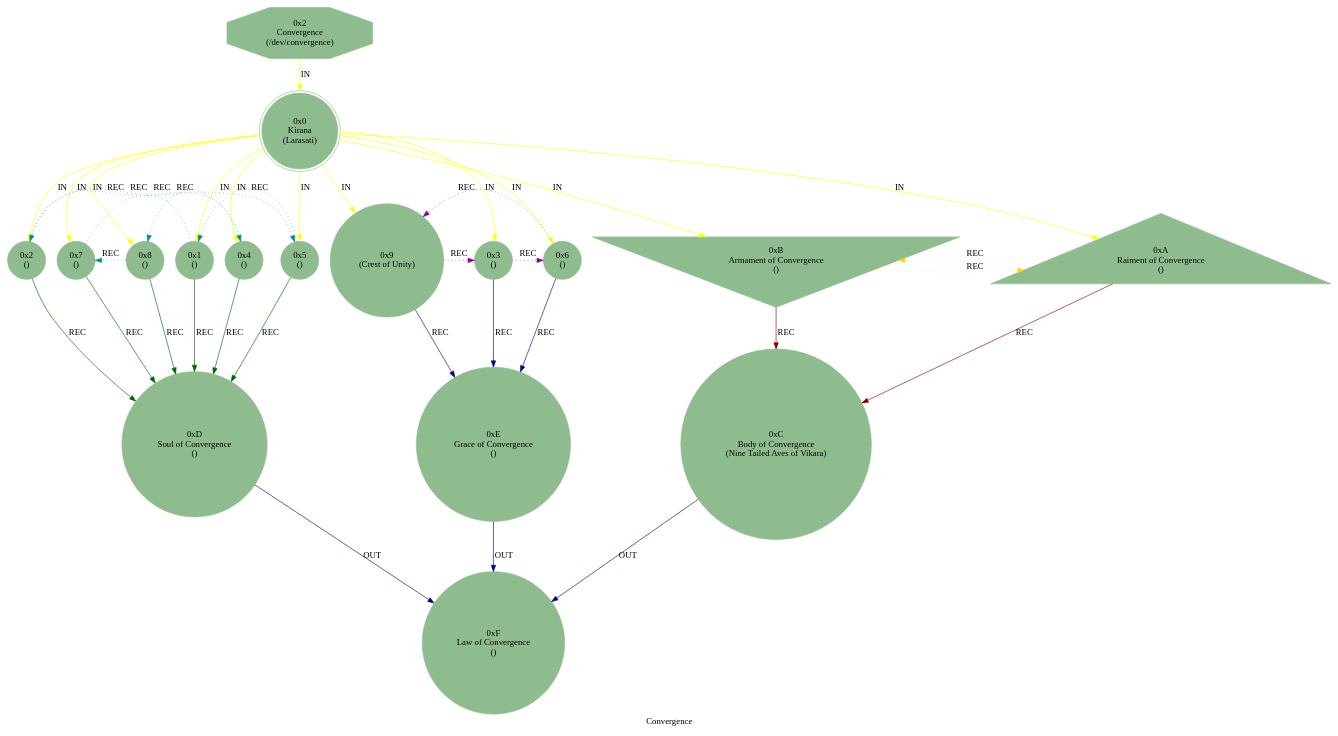
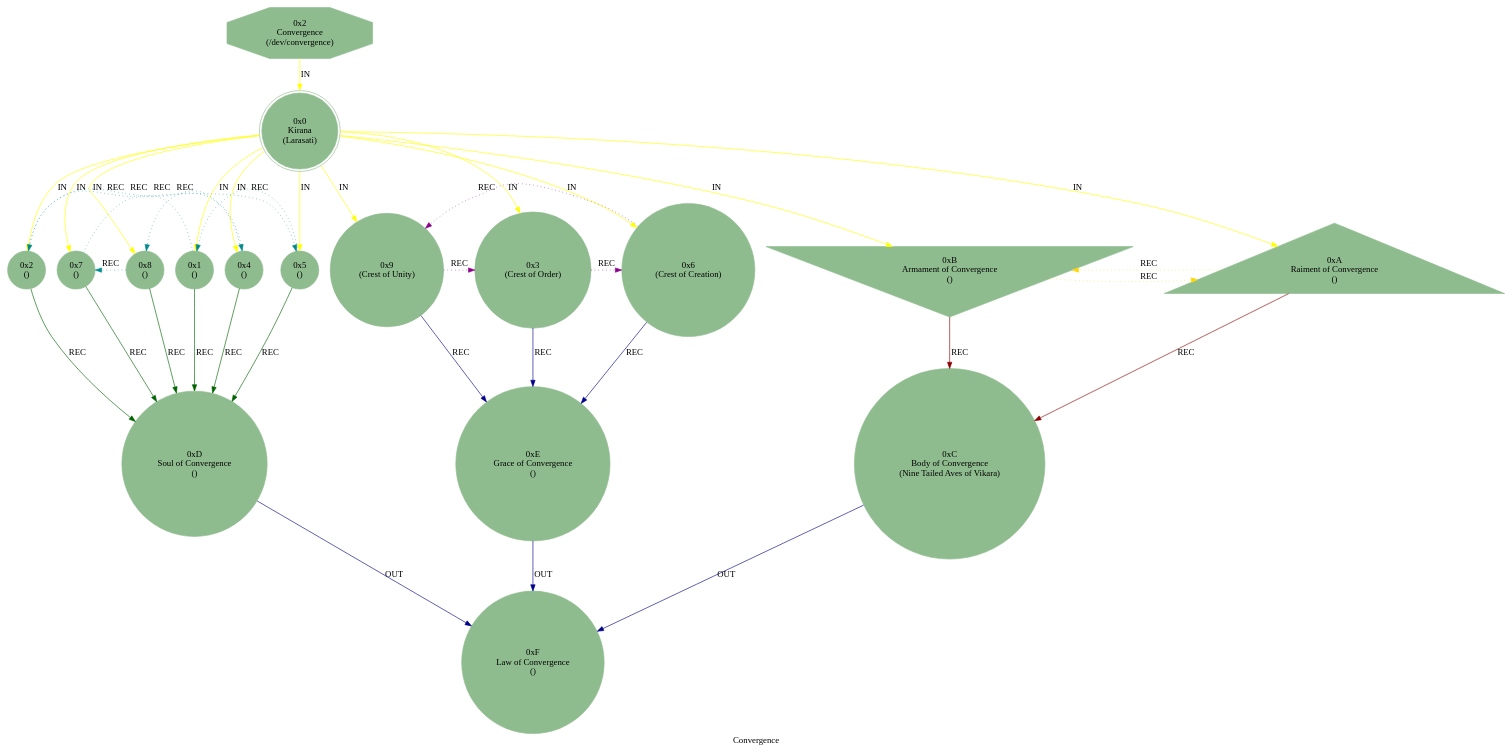
Before and after one commit to cilang/mythos: the diagram in src/core/mythos_dev_convergence.dot, drawn with Graphviz. The commit also changed 4 other files, not shown here.

```diff
--- a/src/core/mythos_dev_convergence.dot
+++ b/src/core/mythos_dev_convergence.dot
@@ -1,40 +1,40 @@
 strict digraph G {
     label = "Convergence";
     style = filled;
     color = blue;
     comment = "";
     node [shape = polygon; sides = 8; style = filled; color = darkseagreen;];
     
     spark_2_mythos_t [label = "0x2\nConvergence\n(/dev/convergence)";];
     
     spark_0_convergence_t [label = "0x0\nKirana\n(Larasati)";shape = doublecircle;comment = "";];
     spark_1_convergence_t [label = "0x1\n()";shape = circle;comment = "";];
     spark_2_convergence_t [label = "0x2\n()";shape = circle;comment = "";];
-    spark_3_convergence_t [label = "0x3\n()";shape = circle;comment = "";];
+    spark_3_convergence_t [label = "0x3\n(Crest of Order)";shape = circle;comment = "";];
     spark_4_convergence_t [label = "0x4\n()";shape = circle;comment = "";];
     spark_5_convergence_t [label = "0x5\n()";shape = circle;comment = "";];
-    spark_6_convergence_t [label = "0x6\n()";shape = circle;comment = "";];
+    spark_6_convergence_t [label = "0x6\n(Crest of Creation)";shape = circle;comment = "";];
     spark_7_convergence_t [label = "0x7\n()";shape = circle;comment = "";];
     spark_8_convergence_t [label = "0x8\n()";shape = circle;comment = "";];
     spark_9_convergence_t [label = "0x9\n(Crest of Unity)";shape = circle;comment = "";];
     spark_a_convergence_t [label = "0xA\nRaiment of Convergence\n()";shape = triangle;comment = "";];
     spark_b_convergence_t [label = "0xB\nArmament of Convergence\n()";shape = invtriangle;comment = "";];
     spark_c_convergence_t [label = "0xC\nBody of Convergence\n(Nine Tailed Aves of Vikara)";shape = circle;comment = "";];
     spark_d_convergence_t [label = "0xD\nSoul of Convergence\n()";shape = circle;comment = "";];
     spark_e_convergence_t [label = "0xE\nGrace of Convergence\n()";shape = circle;comment = "";];
     spark_f_convergence_t [label = "0xF\nLaw of Convergence\n()";shape = circle;comment = "";];
     // IN = Input
     // OUT = Output
     // REC = Recursion
     spark_2_mythos_t -> spark_0_convergence_t -> {spark_a_convergence_t spark_b_convergence_t spark_1_convergence_t spark_2_convergence_t spark_3_convergence_t spark_4_convergence_t spark_5_convergence_t spark_6_convergence_t spark_7_convergence_t spark_8_convergence_t spark_9_convergence_t} [label = "IN"; color = yellow; comment = "";];
     
     {spark_a_convergence_t spark_b_convergence_t} -> spark_c_convergence_t [label = "REC"; color = darkred; comment = "";];
     {spark_1_convergence_t spark_2_convergence_t spark_4_convergence_t spark_8_convergence_t spark_7_convergence_t spark_5_convergence_t} -> spark_d_convergence_t [label = "REC"; color = darkgreen; comment = "";];
     {spark_3_convergence_t spark_6_convergence_t spark_9_convergence_t} -> spark_e_convergence_t [label = "REC"; color = darkblue; comment = "";];
     
     spark_1_convergence_t -> spark_2_convergence_t -> spark_4_convergence_t -> spark_8_convergence_t -> spark_7_convergence_t -> spark_5_convergence_t -> spark_1_convergence_t [label = "REC"; color = darkcyan; comment = ""; style = dotted; constraint = false;];
     spark_3_convergence_t -> spark_6_convergence_t -> spark_9_convergence_t -> spark_3_convergence_t [label = "REC"; color = darkmagenta; comment = ""; style = dotted; constraint = false;];
     spark_a_convergence_t -> spark_b_convergence_t -> spark_a_convergence_t [label = "REC"; color = gold; comment = ""; style = dotted; constraint = false;];
     
     {spark_c_convergence_t spark_d_convergence_t spark_e_convergence_t} -> spark_f_convergence_t [label = "OUT"; color = darkblue; comment = "";];
 }
```
